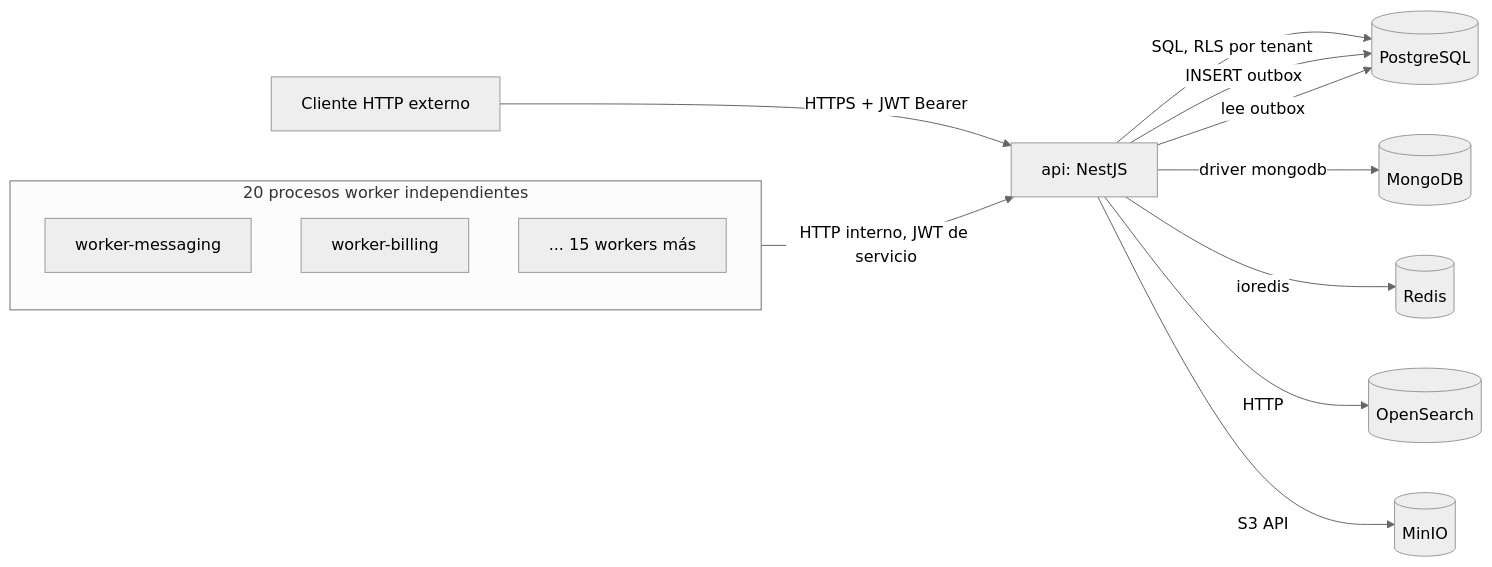
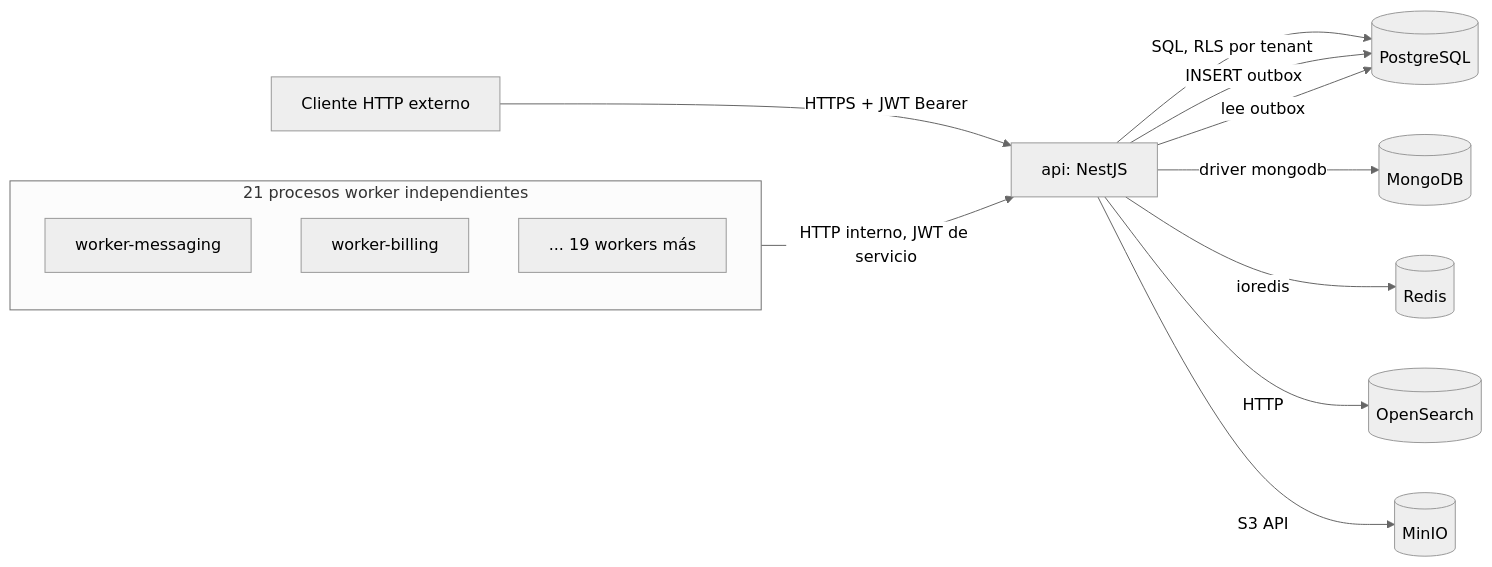
The diagram in docs/architecture/integration-map.md (mdavila-2001/mantra-core-health-api), drawn with Mermaid (neutral theme) before and after one commit. The commit also changed other lines of this file and 17 other files, not shown here.

````diff
--- a/docs/architecture/integration-map.md
+++ b/docs/architecture/integration-map.md
@@ -72,19 +76,19 @@
 ```mermaid
 flowchart LR
   Client[Cliente HTTP externo] -->|HTTPS + JWT Bearer| API[api: NestJS]
   API -->|SQL, RLS por tenant| PG[(PostgreSQL)]
   API -->|driver mongodb| Mongo[(MongoDB)]
   API -->|ioredis| Redis[(Redis)]
   API -->|HTTP| OS[(OpenSearch)]
   API -->|S3 API| MinIO[(MinIO)]
   API -->|INSERT outbox| PG
 
-  subgraph Workers[20 procesos worker independientes]
+  subgraph Workers[21 procesos worker independientes]
     W1[worker-messaging]
     W2[worker-billing]
-    W3[... 15 workers más]
+    W3[... 19 workers más]
   end
 
   Workers -->|HTTP interno, JWT de servicio| API
   API -->|lee outbox| PG
 ```
````
